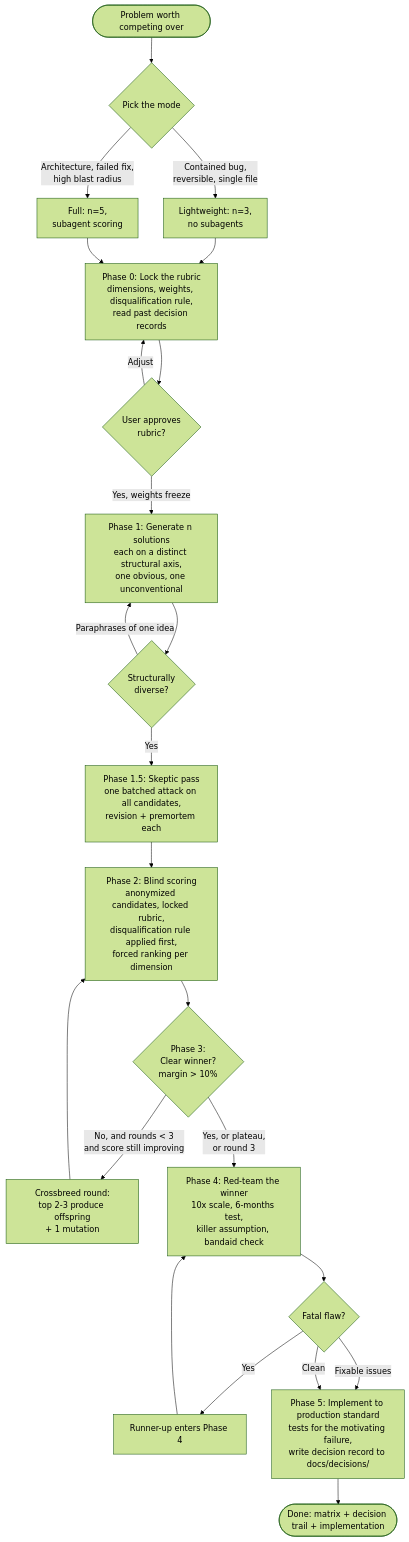
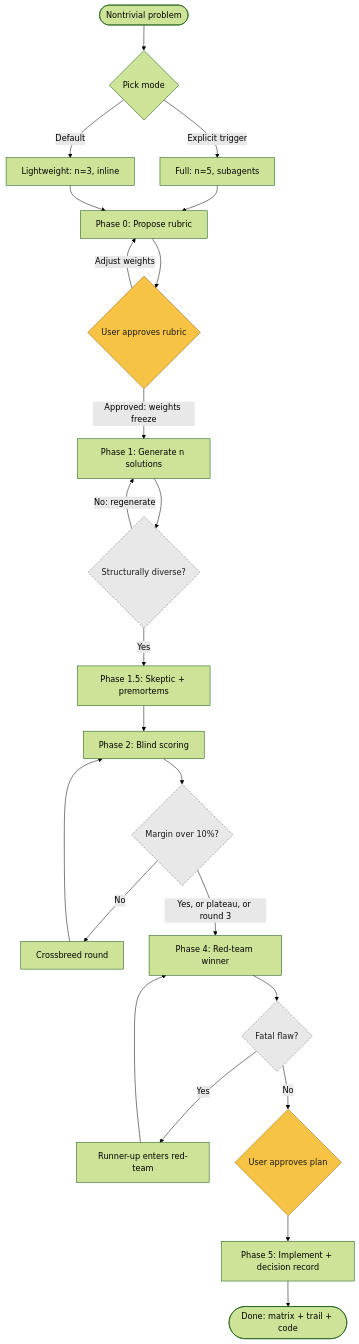
Before and after one commit to rwshiraishi/solution-tournament: the first of 2 diagrams in README.md, drawn with Mermaid (forest theme). The commit also changed other lines of this file, not shown here.

First line of the commit message:
docs: fix diagram truncation, add who-decides-what ownership map

````diff
--- a/README.md
+++ b/README.md
@@ -17,33 +17,36 @@
 ```mermaid
 flowchart TD
-    Start([Problem worth competing over]) --> Mode{Pick the mode}
-    Mode -->|Contained bug,<br/>reversible, single file| LW[Lightweight: n=3,<br/>no subagents]
-    Mode -->|Architecture, failed fix,<br/>high blast radius| Full[Full: n=5,<br/>subagent scoring]
+    Start([Nontrivial problem]) --> Mode{Pick mode}
+    Mode -->|Explicit trigger| Full[Full: n=5, subagents]
+    Mode -->|Default| LW[Lightweight: n=3, inline]
 
+    Full --> P0
     LW --> P0
-    Full --> P0
 
-    P0["Phase 0: Lock the rubric<br/>dimensions, weights, disqualification rule,<br/>read past decision records"] --> Approve{User approves<br/>rubric?}
-    Approve -->|Adjust| P0
-    Approve -->|Yes, weights freeze| P1
+    P0[Phase 0: Propose rubric] --> Approve{User approves rubric}
+    Approve -->|Adjust weights| P0
+    Approve -->|Approved: weights freeze| P1
 
-    P1["Phase 1: Generate n solutions<br/>each on a distinct structural axis,<br/>one obvious, one unconventional"] --> Diverse{Structurally<br/>diverse?}
-    Diverse -->|"Paraphrases of one idea"| P1
+    P1[Phase 1: Generate n solutions] --> Diverse{Structurally diverse?}
+    Diverse -->|No: regenerate| P1
     Diverse -->|Yes| P15
 
-    P15["Phase 1.5: Skeptic pass<br/>one batched attack on all candidates,<br/>revision + premortem each"] --> P2
+    P15[Phase 1.5: Skeptic + premortems] --> P2
+    P2[Phase 2: Blind scoring] --> Gate{Margin over 10%?}
 
-    P2["Phase 2: Blind scoring<br/>anonymized candidates, locked rubric,<br/>disqualification rule applied first,<br/>forced ranking per dimension"] --> Gate{"Phase 3:<br/>Clear winner?<br/>margin > 10%"}
+    Gate -->|No| Cross[Crossbreed round]
+    Cross --> P2
+    Gate -->|Yes, or plateau, or round 3| P4
 
-    Gate -->|"No, and rounds < 3<br/>and score still improving"| Cross["Crossbreed round:<br/>top 2-3 produce offspring<br/>+ 1 mutation"]
-    Cross --> P2
-    Gate -->|"Yes, or plateau,<br/>or round 3"| P4
+    P4[Phase 4: Red-team winner] --> Fatal{Fatal flaw?}
+    Fatal -->|Yes| Runner[Runner-up enters red-team]
+    Runner --> P4
+    Fatal -->|No| Plan{User approves plan}
+    Plan --> P5[Phase 5: Implement + decision record]
+    P5 --> End([Done: matrix + trail + code])
 
-    P4["Phase 4: Red-team the winner<br/>10x scale, 6-months test,<br/>killer assumption, bandaid check"] --> Fatal{Fatal flaw?}
-    Fatal -->|Yes| RunnerUp[Runner-up enters Phase 4]
-    RunnerUp --> P4
-    Fatal -->|"Fixable issues"| P5
-    Fatal -->|Clean| P5
-
-    P5["Phase 5: Implement to production standard<br/>tests for the motivating failure,<br/>write decision record to docs/decisions/"] --> End([Done: matrix + decision trail + implementation])
+    classDef user fill:#f6c344,stroke:#8a6d1a,color:#1a1a1a
+    classDef mech fill:#e8e8e8,stroke:#666,color:#1a1a1a,stroke-dasharray: 4 3
+    class Approve,Plan user
+    class Diverse,Gate,Fatal mech
 ```
````
